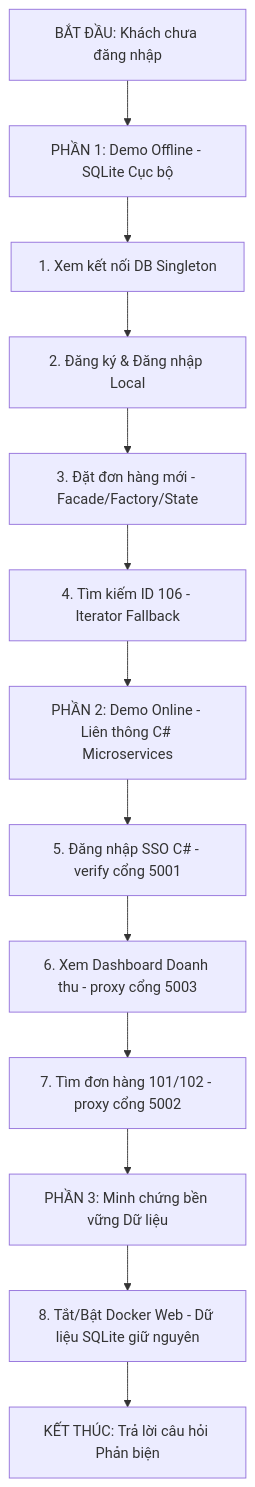
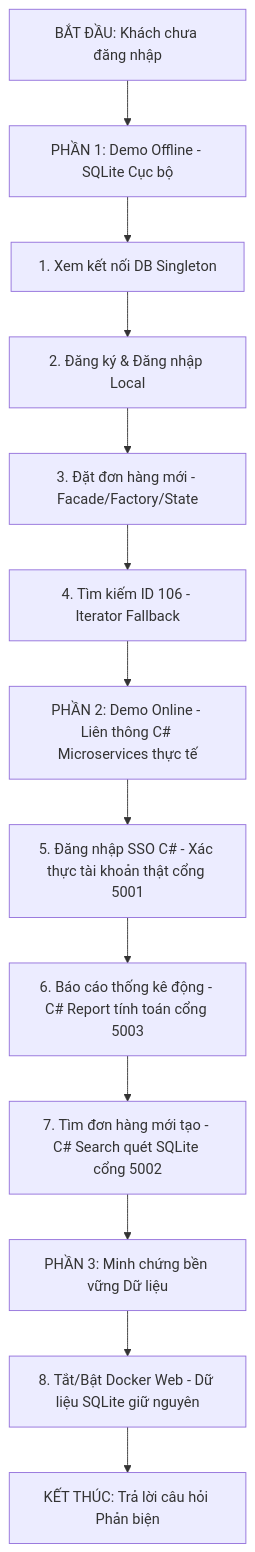
One commit to DYBInh2k5/Kien_Truc_Phan_Mem_Test changed the diagram in Project/DEMO_GUIDE.md. Above: the diagram before and after it, drawn with Mermaid. The commit also changed other lines of this file, not shown here.

Commit message:
docs: update architecture document and demo guide to match real SQLite C# integration

````diff
--- a/Project/DEMO_GUIDE.md
+++ b/Project/DEMO_GUIDE.md
@@ -45,17 +45,17 @@
 ```mermaid
 graph TD
     A[BẮT ĐẦU: Khách chưa đăng nhập] --> B[PHẦN 1: Demo Offline - SQLite Cục bộ]
     B --> B1[1. Xem kết nối DB Singleton]
     B1 --> B2[2. Đăng ký & Đăng nhập Local]
     B2 --> B3[3. Đặt đơn hàng mới - Facade/Factory/State]
     B3 --> B4[4. Tìm kiếm ID 106 - Iterator Fallback]
     
-    B4 --> C[PHẦN 2: Demo Online - Liên thông C# Microservices]
-    C --> C1[5. Đăng nhập SSO C# - verify cổng 5001]
-    C1 --> C2[6. Xem Dashboard Doanh thu - proxy cổng 5003]
-    C2 --> C3[7. Tìm đơn hàng 101/102 - proxy cổng 5002]
+    B4 --> C[PHẦN 2: Demo Online - Liên thông C# Microservices thực tế]
+    C --> C1[5. Đăng nhập SSO C# - Xác thực tài khoản thật cổng 5001]
+    C1 --> C2[6. Báo cáo thống kê động - C# Report tính toán cổng 5003]
+    C2 --> C3[7. Tìm đơn hàng mới tạo - C# Search quét SQLite cổng 5002]
     
     C3 --> D[PHẦN 3: Minh chứng bền vững Dữ liệu]
     D --> D1[8. Tắt/Bật Docker Web - Dữ liệu SQLite giữ nguyên]
     D1 --> E[KẾT THÚC: Trả lời câu hỏi Phản biện]
 ```
````
